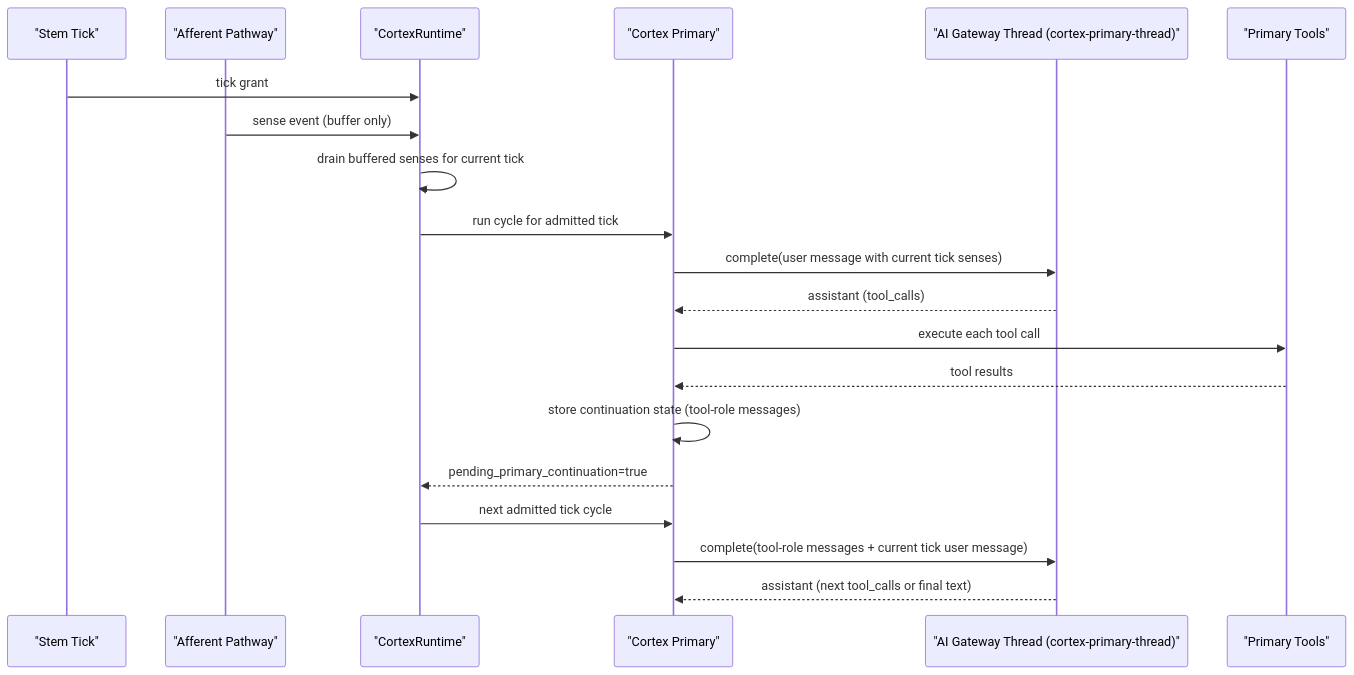
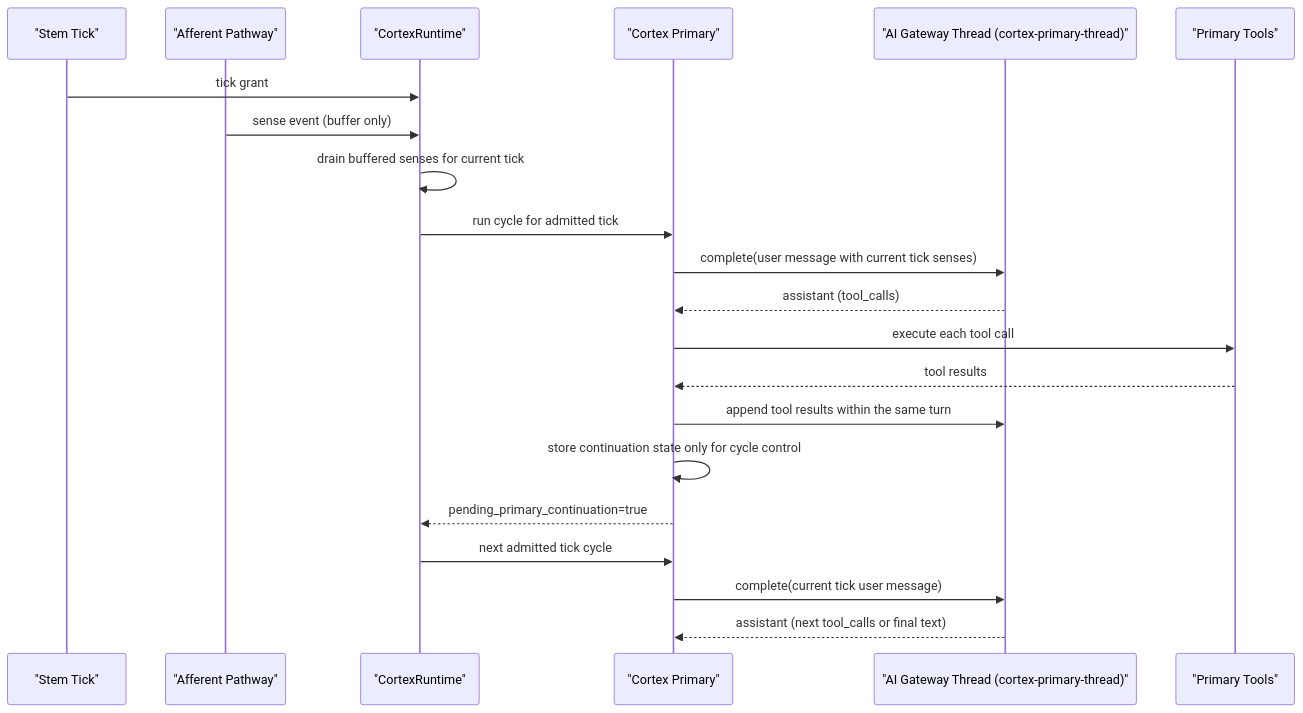
One commit to xiaoland/Beluna changed the first of 2 diagrams in docs/modules/cortex/SEQUENCE.md. Above: the diagram before and after it, drawn with Mermaid. The commit also changed other lines of this file and 18 other files, not shown here.

````diff
--- a/docs/modules/cortex/SEQUENCE.md
+++ b/docs/modules/cortex/SEQUENCE.md
@@ -11,26 +11,27 @@
 ```mermaid
 sequenceDiagram
     participant Tick as "Stem Tick"
     participant Afferent as "Afferent Pathway"
     participant Runtime as "CortexRuntime"
     participant Primary as "Cortex Primary"
     participant Thread as "AI Gateway Thread (cortex-primary-thread)"
     participant Tools as "Primary Tools"
 
     Tick->>Runtime: tick grant
     Afferent->>Runtime: sense event (buffer only)
     Runtime->>Runtime: drain buffered senses for current tick
     Runtime->>Primary: run cycle for admitted tick
 
     Primary->>Thread: complete(user message with current tick senses)
     Thread-->>Primary: assistant (tool_calls)
 
     Primary->>Tools: execute each tool call
     Tools-->>Primary: tool results
-    Primary->>Primary: store continuation state (tool-role messages)
+    Primary->>Thread: append tool results within the same turn
+    Primary->>Primary: store continuation state only for cycle control
     Primary-->>Runtime: pending_primary_continuation=true
 
     Runtime->>Primary: next admitted tick cycle
-    Primary->>Thread: complete(tool-role messages + current tick user message)
+    Primary->>Thread: complete(current tick user message)
     Thread-->>Primary: assistant (next tool_calls or final text)
 ```
````
